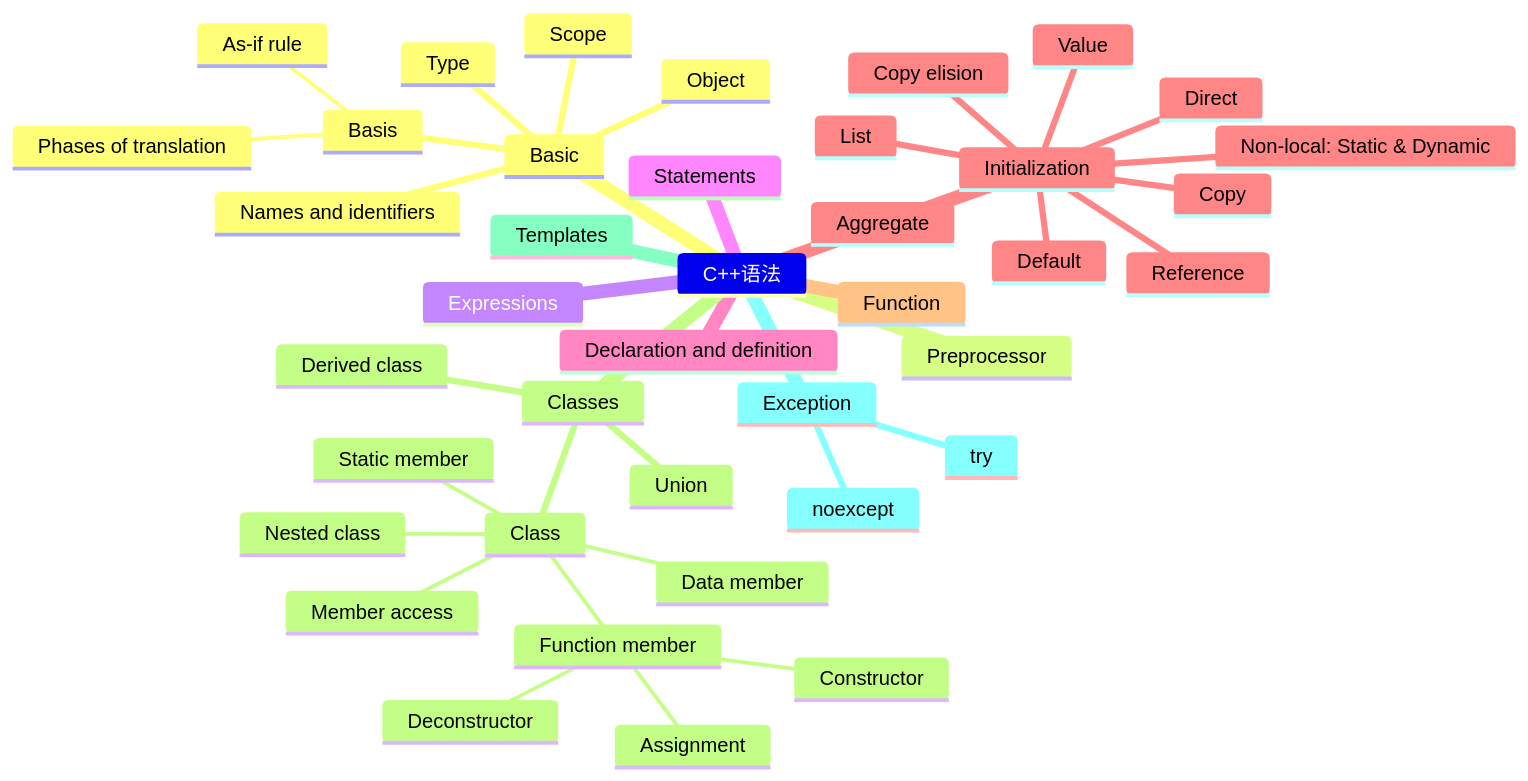
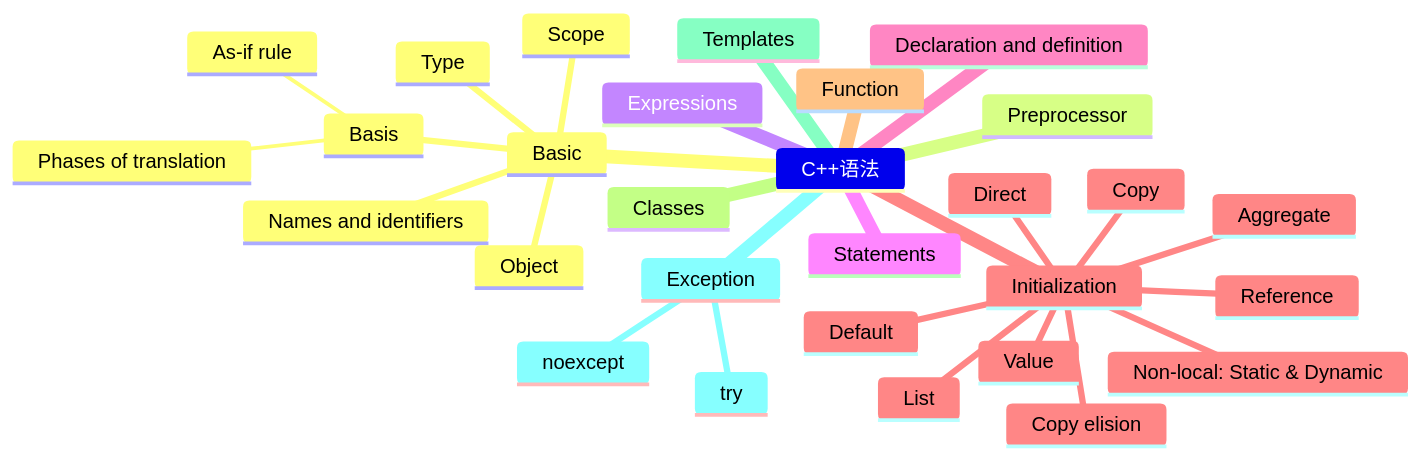
The diagram in docs/程序/C++/语法/语法.md (jishuguang/library), drawn with Mermaid before and after one commit. The commit also changed 6 other files, not shown here.

````diff
--- a/docs/程序/C++/语法/语法.md
+++ b/docs/程序/C++/语法/语法.md
@@ -5,43 +5,32 @@
 ```{mermaid}
 mindmap
 C++语法
   Basic
     Basis
       As-if rule
       Phases of translation
     Names and identifiers
     Object
     Type
     Scope
   Preprocessor
   Expressions
   Statements
   Declaration and definition
   Initialization
     Default
     Value
     Copy
     Direct
     Aggregate
     List
     Reference
     Non-local: Static & Dynamic
     Copy elision
   Function
   Classes
-    Class
-      Data member
-      Function member
-        Constructor
-        Deconstructor
-        Assignment
-      Static member
-      Nested class
-      Member access
-    Derived class
-    Union
   Templates
   Exception
     noexcept
     try
 ```
````
